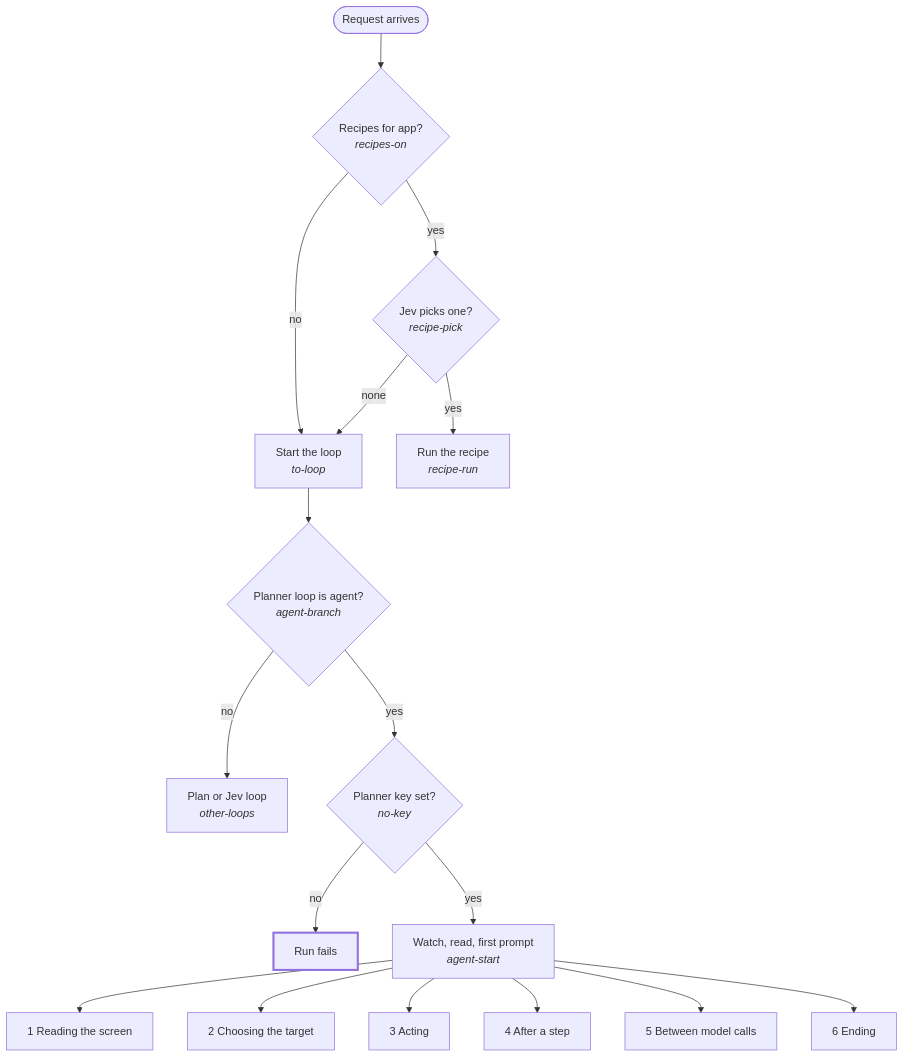
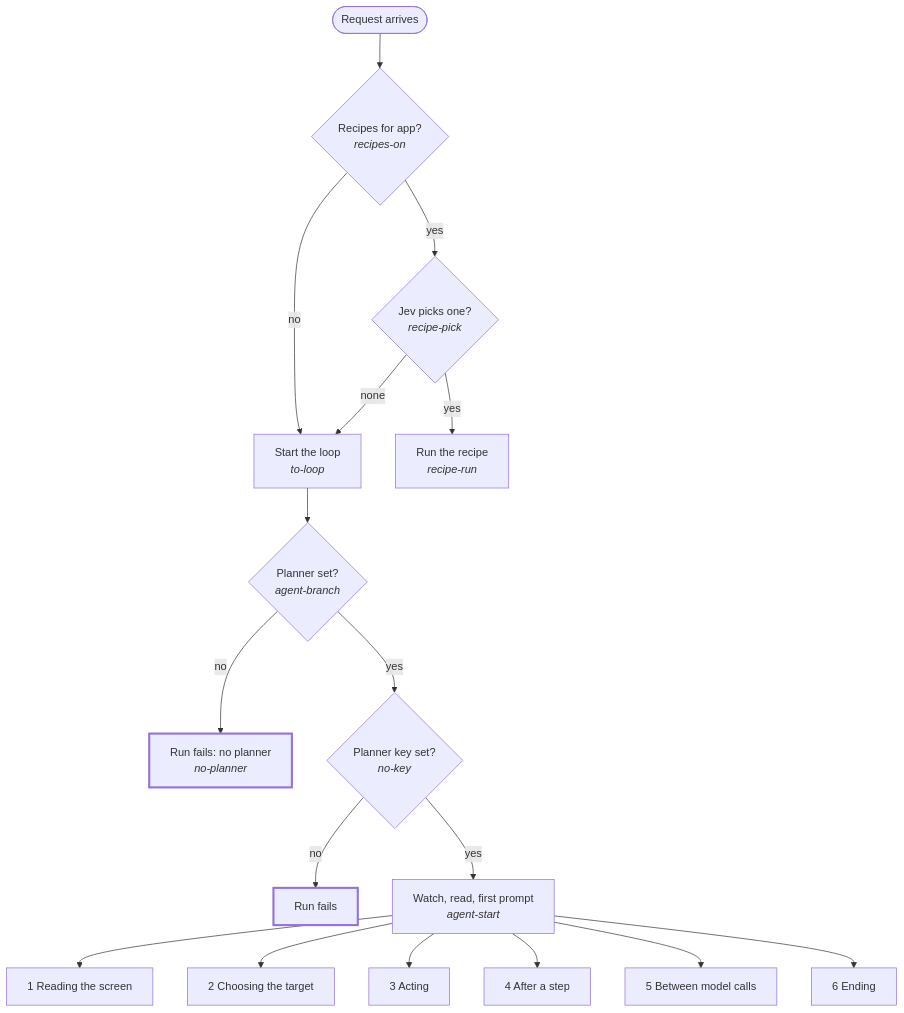
One commit to znat/parrotflow changed the first of 16 diagrams in docs/actions-trees.md. Above: the diagram before and after it, drawn with Mermaid. The commit also changed other lines of this file and 12 other files, not shown here.

First line of the commit message:
refactor: the agent is the only loop; the plan path and the Jev loop are gone

````diff
--- a/docs/actions-trees.md
+++ b/docs/actions-trees.md
@@ -9,21 +9,21 @@
 ```mermaid
 flowchart TD
   classDef prompt stroke-dasharray: 5 5
   classDef user stroke-width:3px
   R([Request arrives]) --> Q1{"Recipes for app?<br/><i>recipes-on</i>"}
   Q1 -->|yes| Q2{"Jev picks one?<br/><i>recipe-pick</i>"}
   Q1 -->|no| LP
   Q2 -->|yes| RC["Run the recipe<br/><i>recipe-run</i>"]
   Q2 -->|none| LP["Start the loop<br/><i>to-loop</i>"]
-  LP --> Q3{"Planner loop is agent?<br/><i>agent-branch</i>"}
-  Q3 -->|no| OT["Plan or Jev loop<br/><i>other-loops</i>"]
+  LP --> Q3{"Planner set?<br/><i>agent-branch</i>"}
+  Q3 -->|no| OT["Run fails: no planner<br/><i>no-planner</i>"]:::user
   Q3 -->|yes| Q4{"Planner key set?<br/><i>no-key</i>"}
   Q4 -->|no| F1["Run fails"]:::user
   Q4 -->|yes| AG["Watch, read, first prompt<br/><i>agent-start</i>"]
   AG --> S1["1 Reading the screen"]
   AG --> S2["2 Choosing the target"]
   AG --> S3["3 Acting"]
   AG --> S4["4 After a step"]
   AG --> S5["5 Between model calls"]
   AG --> S6["6 Ending"]
 ```
````
